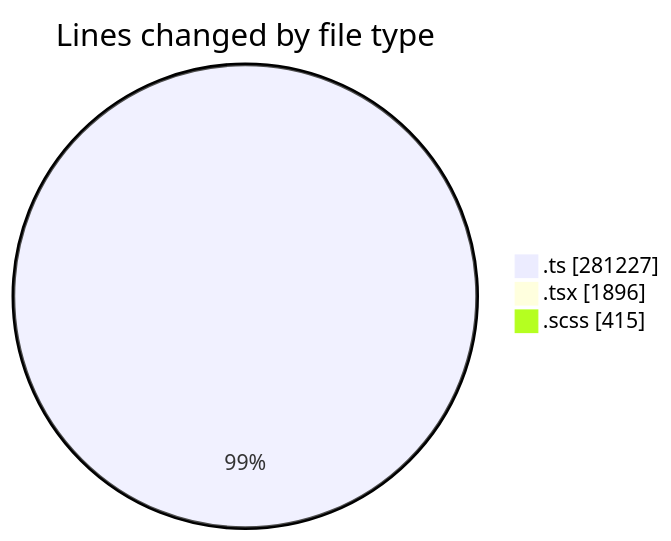
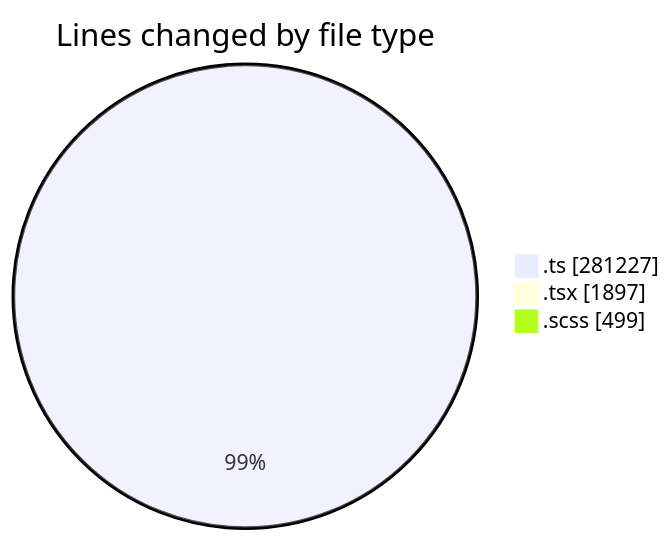
One commit to momahboobian/code-tracking changed the first of 2 diagrams in 2025-08-22/cda/README.md. Above: the diagram before and after it, drawn with Mermaid. The commit also changed other lines of this file and 1 other file, not shown here.

````diff
--- a/2025-08-22/cda/README.md
+++ b/2025-08-22/cda/README.md
@@ -41,7 +41,7 @@
 ```mermaid
 pie showData
 title Lines changed by file type
 ".ts" : 281227
-".tsx" : 1896
-".scss" : 415
+".tsx" : 1897
+".scss" : 499
 ```
````
